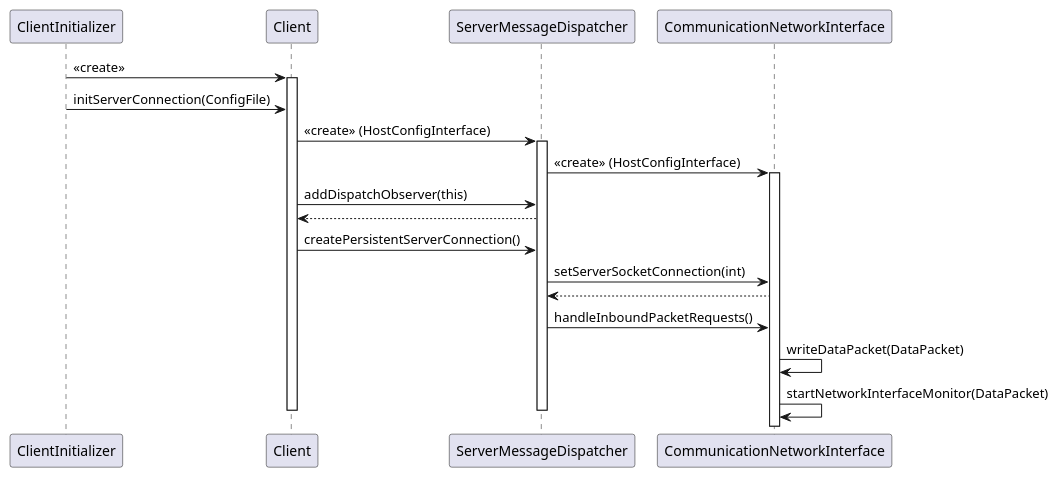
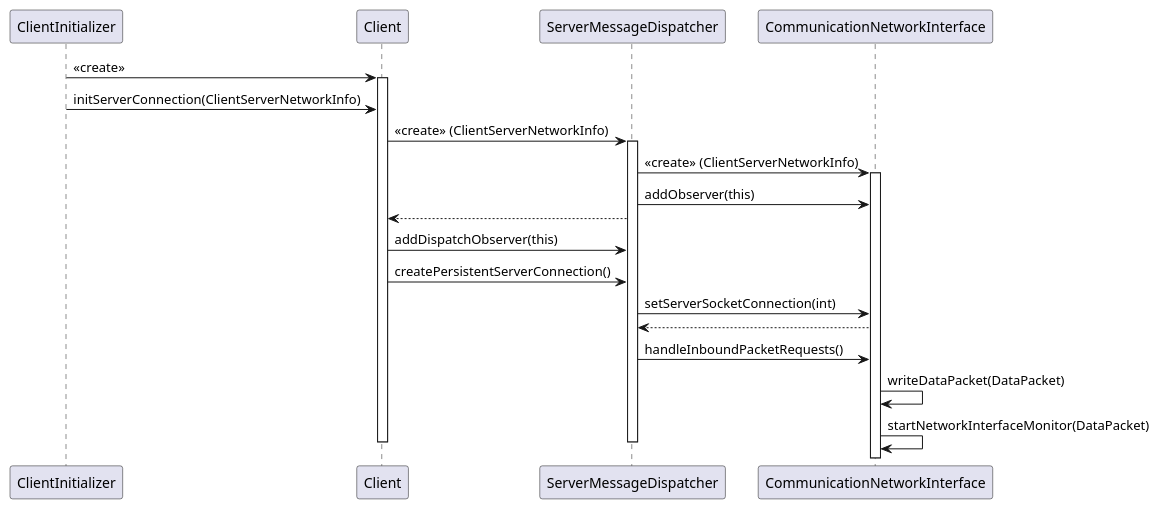
The diagram in doc/client.puml (aaruff/LabManager), drawn with PlantUML before and after one commit.

Commit message:
Updated to reflect renamed functions

```diff
--- a/doc/client.puml
+++ b/doc/client.puml
@@ -1,24 +1,27 @@
 @startuml
 participant ClientInitializer
 ClientInitializer -> Client: <<create>>
 activate Client
-ClientInitializer -> Client: initServerConnection(ConfigFile)
+ClientInitializer -> Client: initServerConnection(ClientServerNetworkInfo)
 
 
-Client -> ServerMessageDispatcher: <<create>> (HostConfigInterface)
+Client -> ServerMessageDispatcher: <<create>> (ClientServerNetworkInfo)
 activate ServerMessageDispatcher
-ServerMessageDispatcher -> CommunicationNetworkInterface: <<create>> (HostConfigInterface)
+
+ServerMessageDispatcher -> CommunicationNetworkInterface: <<create>> (ClientServerNetworkInfo)
 activate CommunicationNetworkInterface
+ServerMessageDispatcher -> CommunicationNetworkInterface: addObserver(this)
+ServerMessageDispatcher --> Client:
+
 Client -> ServerMessageDispatcher: addDispatchObserver(this)
-ServerMessageDispatcher --> Client:
 Client -> ServerMessageDispatcher: createPersistentServerConnection()
 
 ServerMessageDispatcher -> CommunicationNetworkInterface: setServerSocketConnection(int)
 CommunicationNetworkInterface --> ServerMessageDispatcher :
 
 ServerMessageDispatcher -> CommunicationNetworkInterface: handleInboundPacketRequests()
 CommunicationNetworkInterface -> CommunicationNetworkInterface: writeDataPacket(DataPacket)
 CommunicationNetworkInterface -> CommunicationNetworkInterface: startNetworkInterfaceMonitor(DataPacket)
 deactivate ServerMessageDispatcher
 deactivate Client
 @enduml
```
